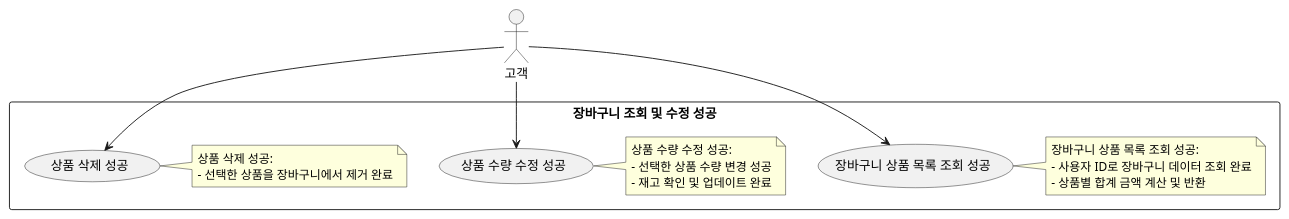
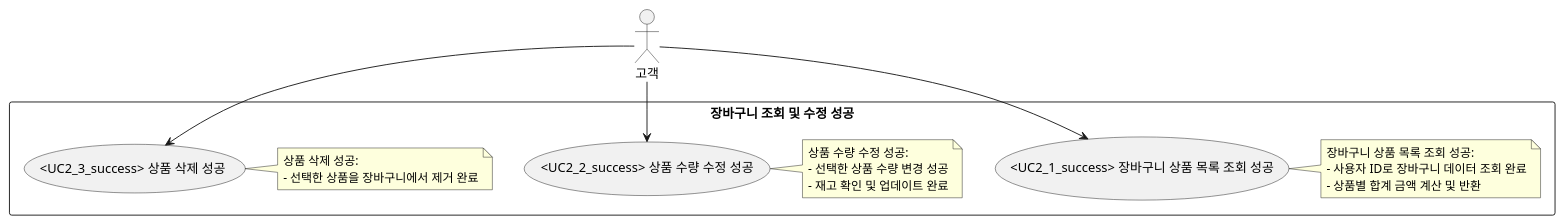
Before and after one commit to f-lab-edu/mini-mart: the diagram in docs/uml/cart/uc2_success.puml, drawn with PlantUML. The commit also changed 55 other files, not shown here.

```diff
--- a/docs/uml/cart/uc2_success.puml
+++ b/docs/uml/cart/uc2_success.puml
@@ -1,29 +1,29 @@
 @startuml
 actor "고객" as Customer
 
 rectangle "장바구니 조회 및 수정 성공" {
-  usecase "장바구니 상품 목록 조회 성공" as UC2_1_success
+  usecase "<UC2_1_success> 장바구니 상품 목록 조회 성공" as UC2_1_success
   note right
   장바구니 상품 목록 조회 성공:
   - 사용자 ID로 장바구니 데이터 조회 완료
   - 상품별 합계 금액 계산 및 반환
   end note
 
-  usecase "상품 수량 수정 성공" as UC2_2_success
+  usecase "<UC2_2_success> 상품 수량 수정 성공" as UC2_2_success
   note right
   상품 수량 수정 성공:
   - 선택한 상품 수량 변경 성공
   - 재고 확인 및 업데이트 완료
   end note
 
-  usecase "상품 삭제 성공" as UC2_3_success
+  usecase "<UC2_3_success> 상품 삭제 성공" as UC2_3_success
   note right
   상품 삭제 성공:
   - 선택한 상품을 장바구니에서 제거 완료
   end note
 }
 
 Customer --> UC2_1_success
 Customer --> UC2_2_success
 Customer --> UC2_3_success
 @enduml
```
